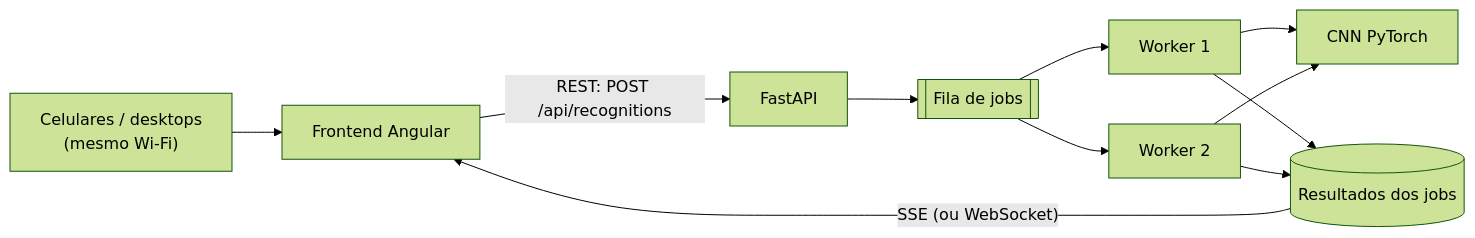
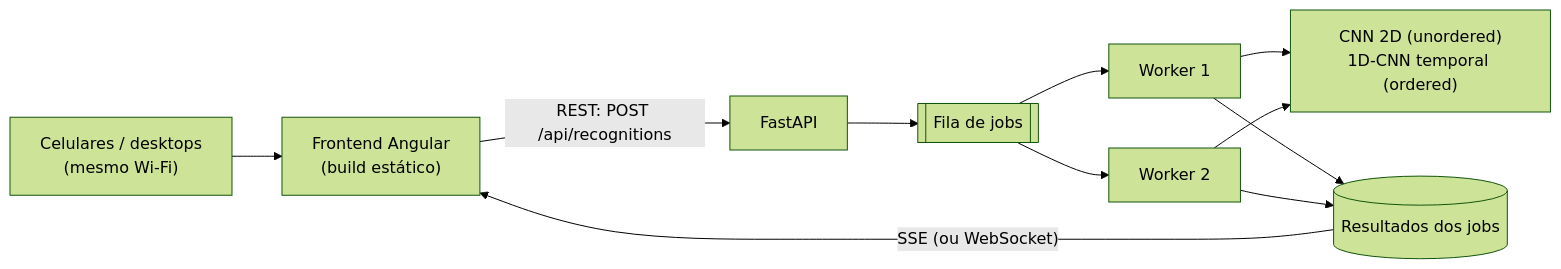
Before and after one commit to Asuka-Jyuku/kanji-lens: the first of 3 diagrams in docs/ARCHITECTURE.md, drawn with Mermaid (forest theme). The commit also changed other lines of this file and 16 other files, not shown here.

````diff
--- a/docs/ARCHITECTURE.md
+++ b/docs/ARCHITECTURE.md
@@ -35,10 +37,10 @@
 ```mermaid
 flowchart LR
-    clients["Celulares / desktops<br/>(mesmo Wi-Fi)"] --> fe["Frontend Angular"]
+    clients["Celulares / desktops<br/>(mesmo Wi-Fi)"] --> fe["Frontend Angular<br/>(build estático)"]
     fe -- "REST: POST /api/recognitions" --> api["FastAPI"]
     api --> queue[["Fila de jobs"]]
     queue --> w1["Worker 1"] & w2["Worker 2"]
-    w1 & w2 --> model["CNN PyTorch"]
+    w1 & w2 --> model["CNN 2D (unordered)<br/>1D-CNN temporal (ordered)"]
     w1 & w2 --> store[("Resultados dos jobs")]
     store -- "SSE (ou WebSocket)" --> fe
 ```
````
